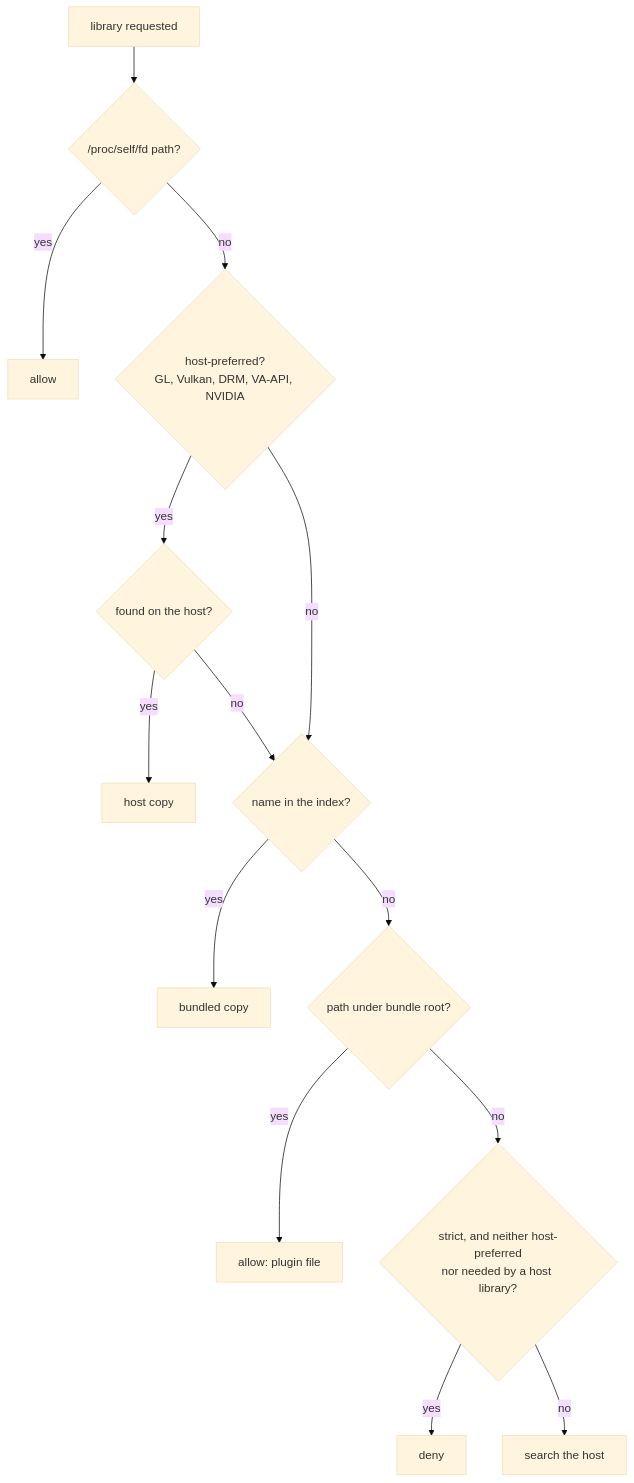
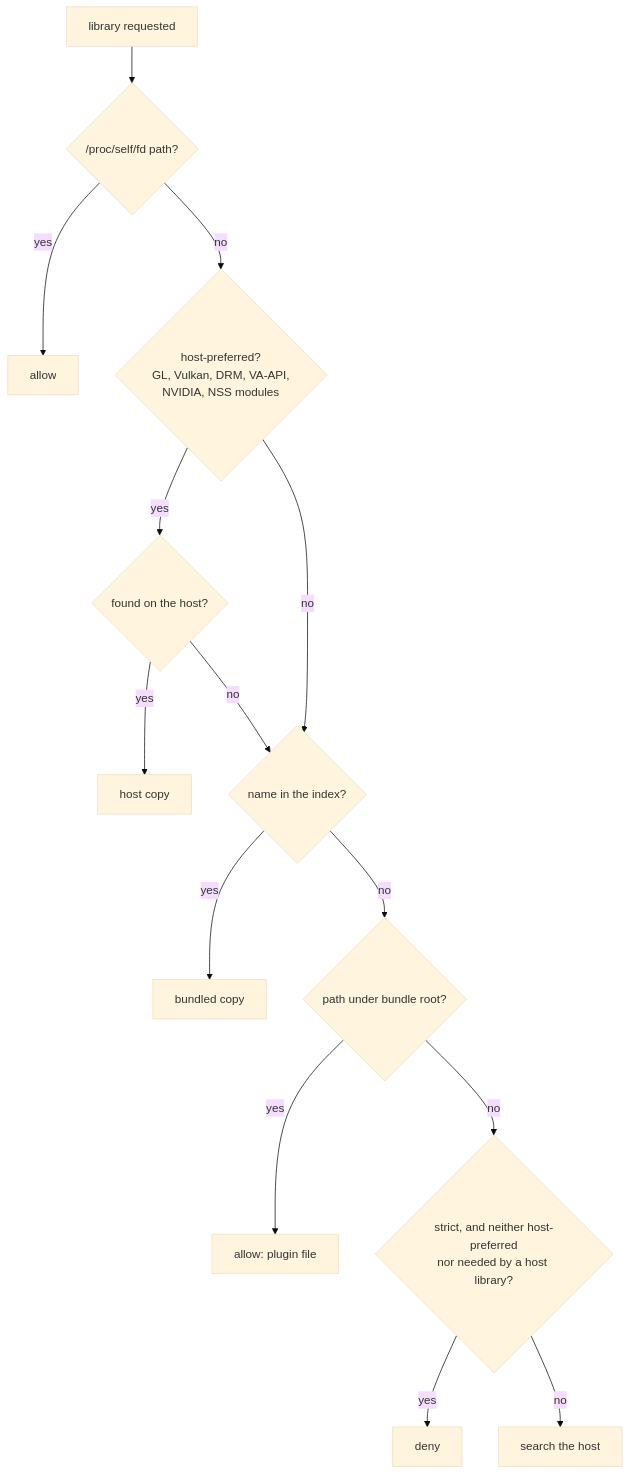
The second of 2 diagrams in docs/runtime.md (Rucadi/FELF), drawn with Mermaid (base theme) before and after one commit. The commit also changed 34 other files, not shown here.

````diff
--- a/docs/runtime.md
+++ b/docs/runtime.md
@@ -74,16 +74,16 @@
 ```mermaid
 flowchart TD
     Q[library requested] --> fd{/proc/self/fd path?}
     fd -->|yes| ok1[allow]
-    fd -->|no| host{host-preferred?<br/>GL, Vulkan, DRM, VA-API, NVIDIA}
+    fd -->|no| host{host-preferred?<br/>GL, Vulkan, DRM, VA-API,<br/>NVIDIA, NSS modules}
     host -->|yes| onhost{found on the host?}
     onhost -->|yes| hostlib[host copy]
     onhost -->|no| idx
     host -->|no| idx{name in the index?}
     idx -->|yes| bundled[bundled copy]
     idx -->|no| root{path under bundle root?}
     root -->|yes| ok2[allow: plugin file]
     root -->|no| strict{strict, and neither host-preferred<br/>nor needed by a host library?}
     strict -->|yes| deny[deny]
     strict -->|no| hostsearch[search the host]
 ```
````
